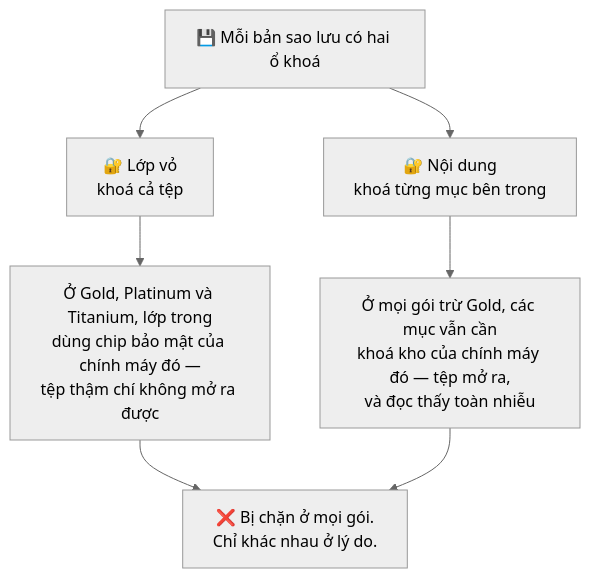
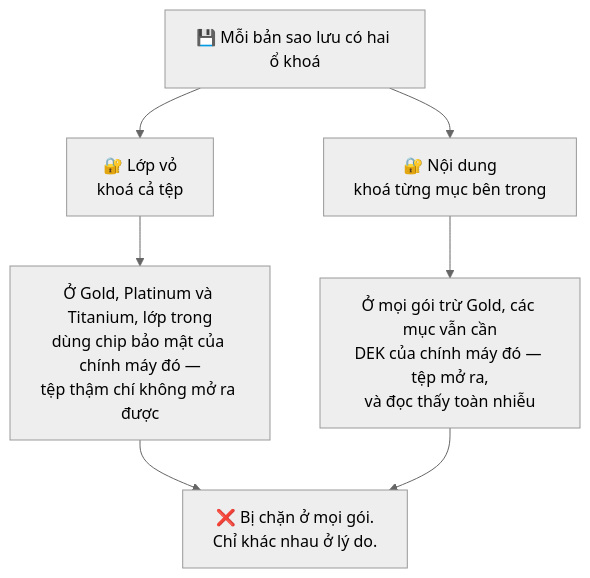
One commit to TuPhung369/passwordepic-website changed the first of 3 diagrams in i18n/vi/docusaurus-plugin-content-docs/current/backups.md. Above: the diagram before and after it, drawn with Mermaid (neutral theme). The commit also changed other lines of this file and 22 other files, not shown here.

````diff
--- a/i18n/vi/docusaurus-plugin-content-docs/current/backups.md
+++ b/i18n/vi/docusaurus-plugin-content-docs/current/backups.md
@@ -37,9 +36,9 @@
 ```mermaid
 flowchart TD
   A["💾 Mỗi bản sao lưu có hai ổ khoá"] --> B["🔐 Lớp vỏ<br/>khoá cả tệp"]
   A --> C["🔐 Nội dung<br/>khoá từng mục bên trong"]
   B --> D["Ở Gold, Platinum và Titanium, lớp trong<br/>dùng chip bảo mật của chính máy đó —<br/>tệp thậm chí không mở ra được"]
-  C --> E["Ở mọi gói trừ Gold, các mục vẫn cần<br/>khoá kho của chính máy đó — tệp mở ra,<br/>và đọc thấy toàn nhiễu"]
+  C --> E["Ở mọi gói trừ Gold, các mục vẫn cần<br/>DEK của chính máy đó — tệp mở ra,<br/>và đọc thấy toàn nhiễu"]
   D --> F["❌ Bị chặn ở mọi gói.<br/>Chỉ khác nhau ở lý do."]
   E --> F
 ```
````
